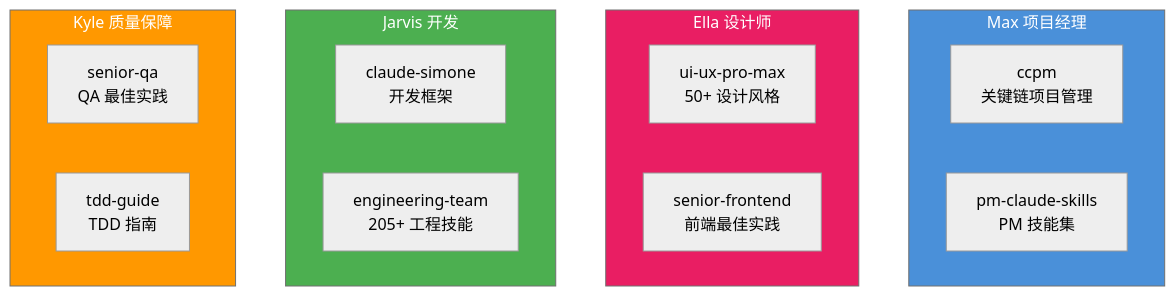
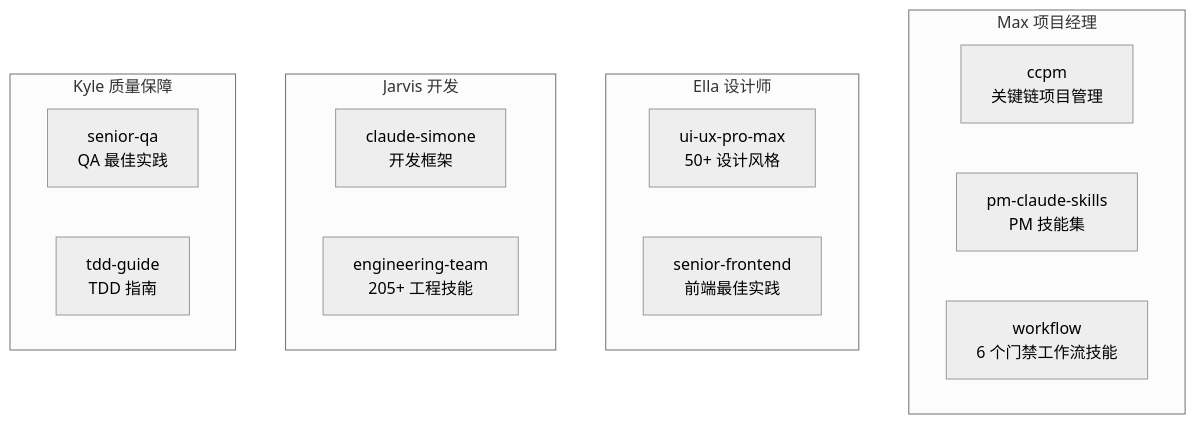
The sixth of 6 diagrams in README.md (codeApe-7/ai-agent-workflowGroup), drawn with Mermaid (neutral theme) before and after one commit. The commit also changed other lines of this file and 16 other files, not shown here.

````diff
--- a/README.md
+++ b/README.md
@@ -218,27 +278,23 @@
 ```mermaid
 flowchart TB
     subgraph MAX["Max 项目经理"]
         M1["ccpm\n关键链项目管理"]
         M2["pm-claude-skills\nPM 技能集"]
+        M3["workflow\n6 个门禁工作流技能"]
     end
 
     subgraph ELLA["Ella 设计师"]
         E1["ui-ux-pro-max\n50+ 设计风格"]
         E2["senior-frontend\n前端最佳实践"]
     end
 
     subgraph JARVIS["Jarvis 开发"]
         J1["claude-simone\n开发框架"]
         J2["engineering-team\n205+ 工程技能"]
     end
 
     subgraph KYLE["Kyle 质量保障"]
         K1["senior-qa\nQA 最佳实践"]
         K2["tdd-guide\nTDD 指南"]
     end
-
-    style MAX fill:#4A90D9,color:#fff
-    style ELLA fill:#E91E63,color:#fff
-    style JARVIS fill:#4CAF50,color:#fff
-    style KYLE fill:#FF9800,color:#fff
 ```
````
